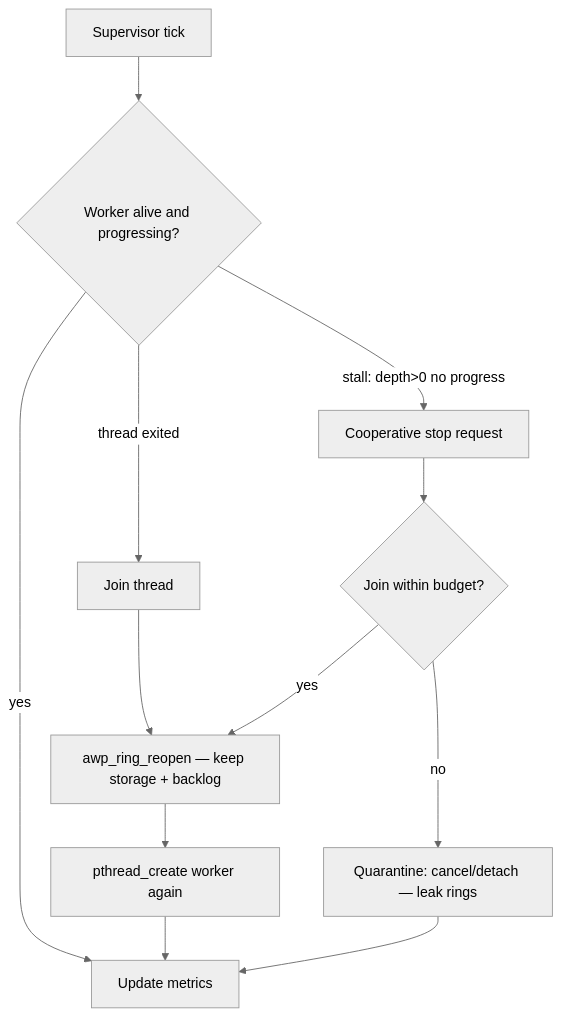
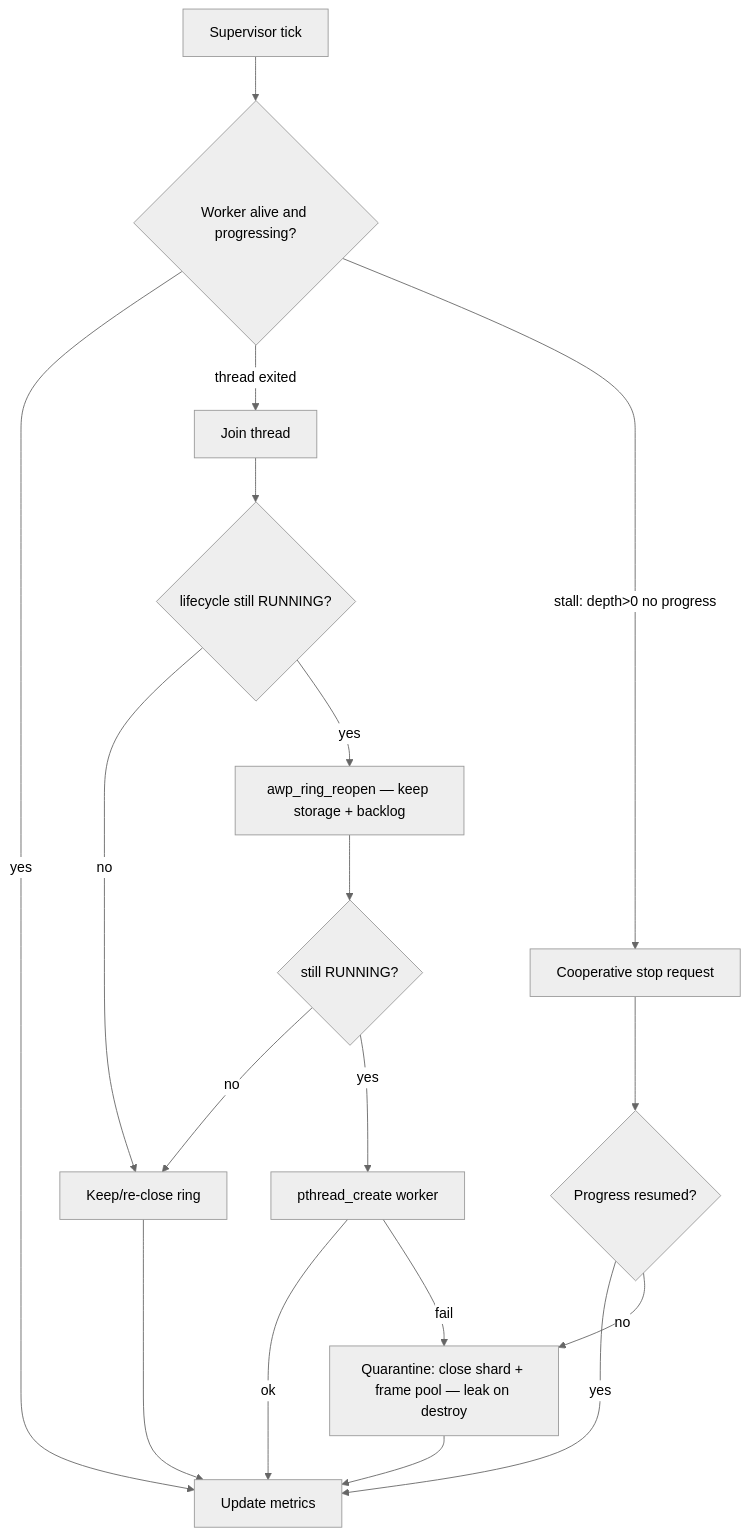
Before and after one commit to Dmdv/async-worker-pool: the fifth of 5 diagrams in docs/DIAGRAMS.md, drawn with Mermaid (neutral theme). The commit also changed other lines of this file and 5 other files, not shown here.

````diff
--- a/docs/DIAGRAMS.md
+++ b/docs/DIAGRAMS.md
@@ -137,15 +137,21 @@
 ```mermaid
 flowchart TD
   SUP[Supervisor tick]
   SUP --> HB{Worker alive and progressing?}
   HB -->|yes| MET[Update metrics]
   HB -->|thread exited| RESTART[Join thread]
   HB -->|stall: depth>0 no progress| STOP[Cooperative stop request]
-  STOP --> JOIN{Join within budget?}
-  JOIN -->|yes| REOPEN
-  JOIN -->|no| QUAR[Quarantine: cancel/detach — leak rings]
-  RESTART --> REOPEN[awp_ring_reopen — keep storage + backlog]
-  REOPEN --> SPAWN[pthread_create worker again]
-  SPAWN --> MET
+  STOP --> PROG{Progress resumed?}
+  PROG -->|yes| MET
+  PROG -->|no| QUAR[Quarantine: close shard + frame pool — leak on destroy]
+  RESTART --> LIFE{lifecycle still RUNNING?}
+  LIFE -->|no| CLOSE[Keep/re-close ring]
+  LIFE -->|yes| REOPEN[awp_ring_reopen — keep storage + backlog]
+  REOPEN --> LIFE2{still RUNNING?}
+  LIFE2 -->|no| CLOSE
+  LIFE2 -->|yes| SPAWN[pthread_create worker]
+  SPAWN -->|ok| MET
+  SPAWN -->|fail| QUAR
+  CLOSE --> MET
   QUAR --> MET
 ```
````
